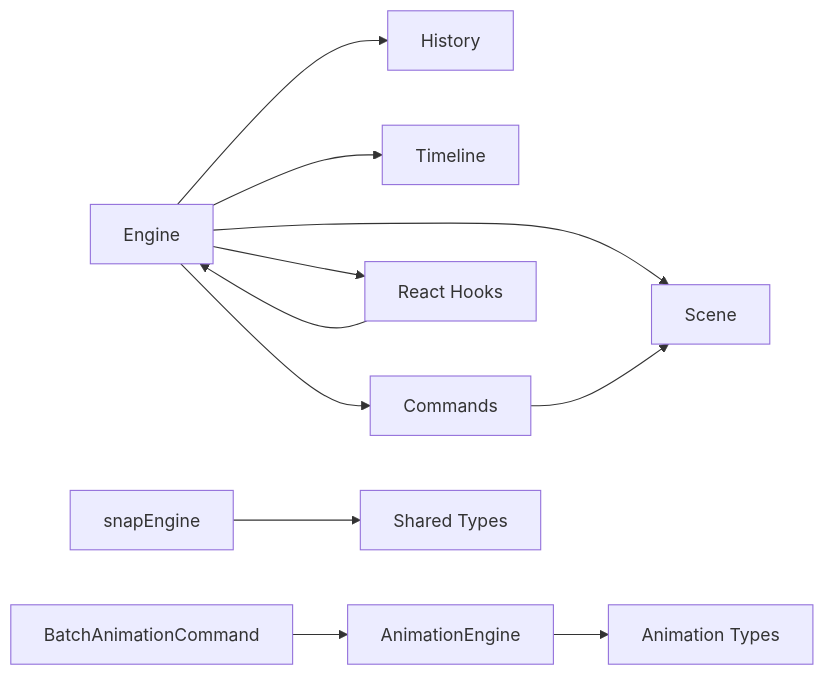
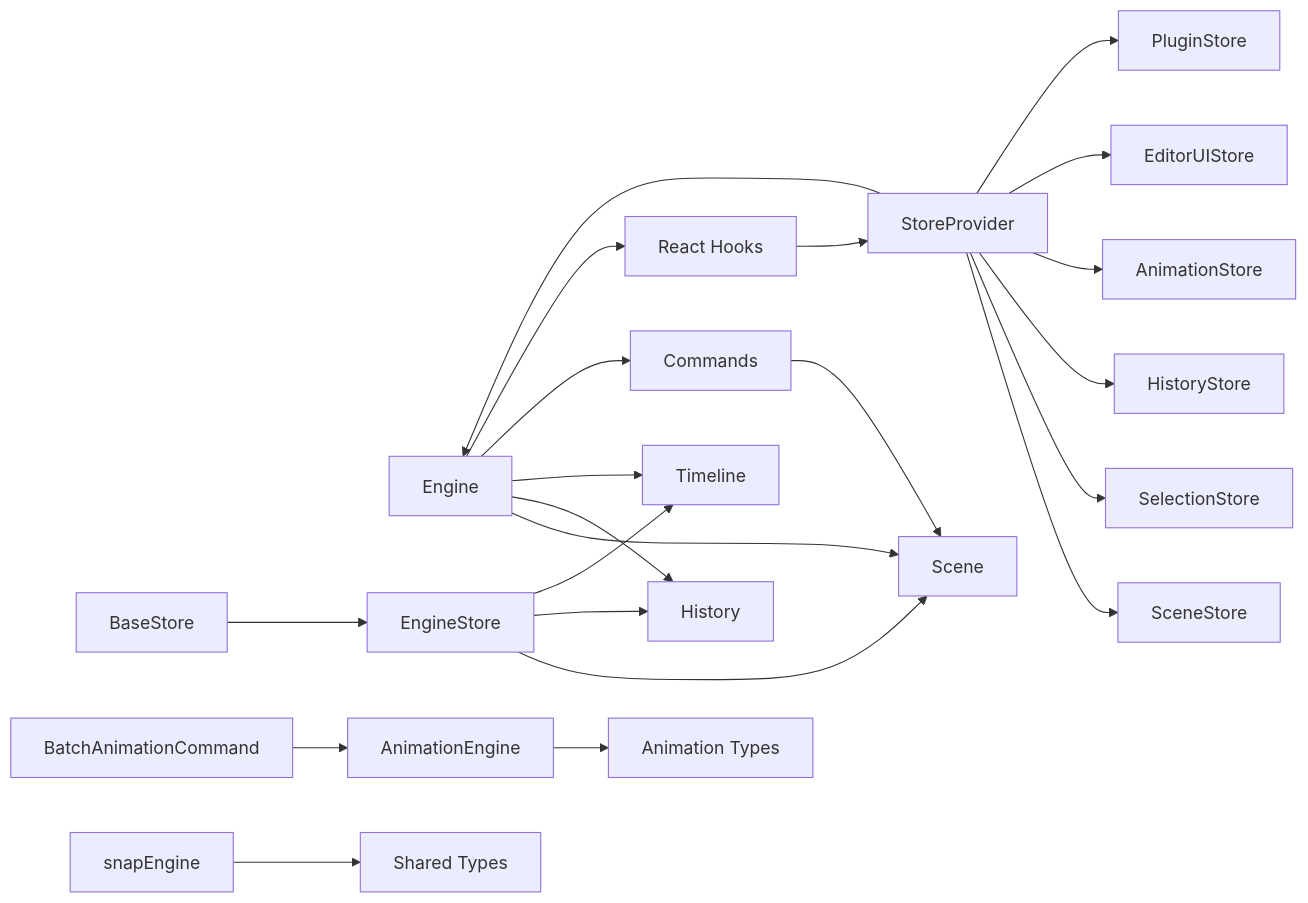
The eighth of 8 diagrams in .qoder/repowiki/zh/content/引擎系统/引擎系统.md (Anna0314zy/ai_editor_enginer), drawn with Mermaid before and after one commit. The commit also changed other lines of this file and 17 other files, not shown here.

````diff
--- a/.qoder/repowiki/zh/content/引擎系统/引擎系统.md
+++ b/.qoder/repowiki/zh/content/引擎系统/引擎系统.md
@@ -402,13 +590,24 @@
 ```mermaid
 graph LR
 Engine["Engine"] --> Scene["Scene"]
 Engine --> History["History"]
 Engine --> Timeline["Timeline"]
+StoreProvider["StoreProvider"] --> SceneStore["SceneStore"]
+StoreProvider --> SelectionStore["SelectionStore"]
+StoreProvider --> HistoryStore["HistoryStore"]
+StoreProvider --> AnimationStore["AnimationStore"]
+StoreProvider --> EditorUIStore["EditorUIStore"]
+StoreProvider --> PluginStore["PluginStore"]
+BaseStore["BaseStore"] --> EngineStore["EngineStore"]
+EngineStore --> Scene
+EngineStore --> History
+EngineStore --> Timeline
 Engine --> Commands["Commands"]
 Engine --> Hooks["React Hooks"]
 Commands --> Scene
 BatchCmd["BatchAnimationCommand"] --> AnimEngine["AnimationEngine"]
 AnimEngine --> AnimTypes["Animation Types"]
 Snap["snapEngine"] --> Types["Shared Types"]
-Hooks --> Engine
+Hooks --> StoreProvider
+StoreProvider --> Engine
 ```
````
